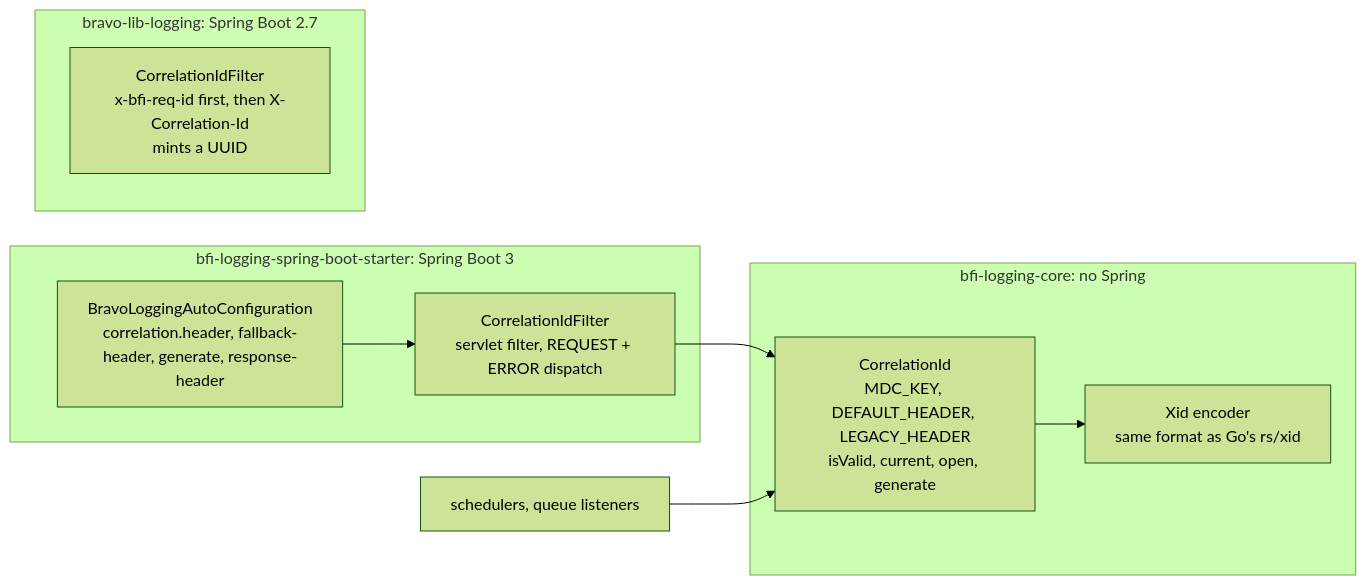
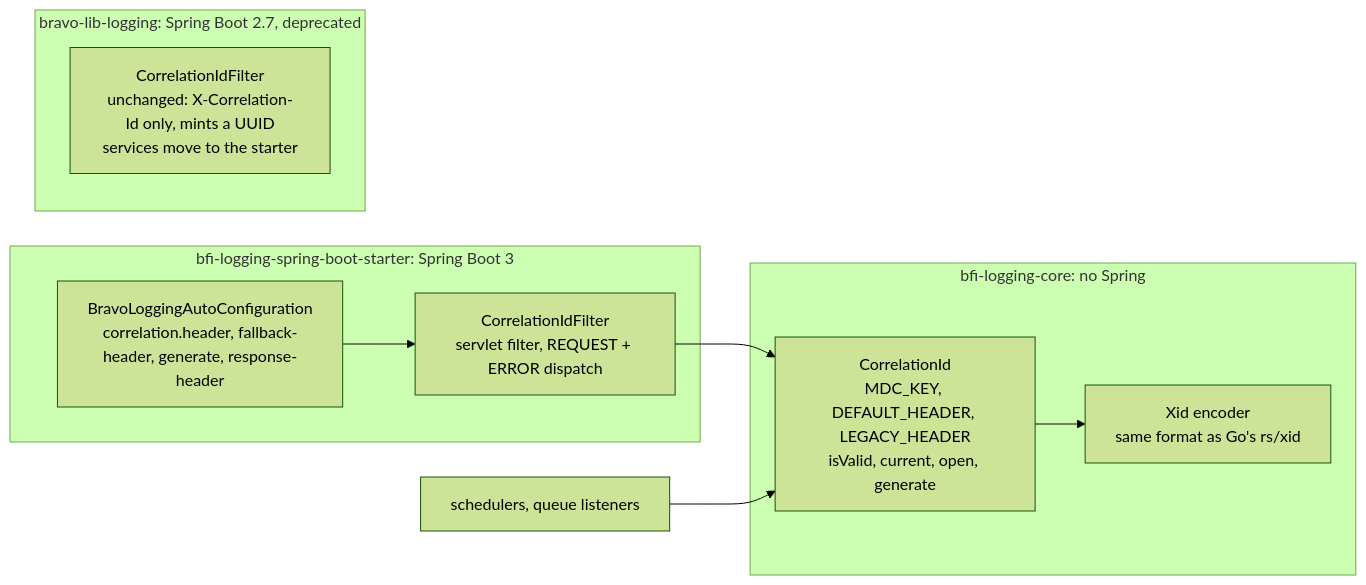
Before and after one commit to alaksmana-mso/bravo-analysis: the diagram in docs/logging/diagrams/reqid-java-modules.mmd, drawn with Mermaid (forest theme). The commit also changed 13 other files, not shown here.

First line of the commit message:
docs(logging): bravo-lib-logging is deprecated and untouched by the request-id work

```diff
--- a/docs/logging/diagrams/reqid-java-modules.mmd
+++ b/docs/logging/diagrams/reqid-java-modules.mmd
@@ -1,14 +1,14 @@
 flowchart LR
     subgraph core [bfi-logging-core: no Spring]
         CI[CorrelationId<br/>MDC_KEY, DEFAULT_HEADER, LEGACY_HEADER<br/>isValid, current, open, generate]
         X[Xid encoder<br/>same format as Go's rs/xid]
         CI --> X
     end
     subgraph starter [bfi-logging-spring-boot-starter: Spring Boot 3]
         AC[BravoLoggingAutoConfiguration<br/>correlation.header, fallback-header, generate, response-header] --> FL[CorrelationIdFilter<br/>servlet filter, REQUEST + ERROR dispatch]
         FL --> CI
     end
-    subgraph logger [bravo-lib-logging: Spring Boot 2.7]
-        OL[CorrelationIdFilter<br/>x-bfi-req-id first, then X-Correlation-Id<br/>mints a UUID]
+    subgraph logger [bravo-lib-logging: Spring Boot 2.7, deprecated]
+        OL[CorrelationIdFilter<br/>unchanged: X-Correlation-Id only, mints a UUID<br/>services move to the starter]
     end
     JOB[schedulers, queue listeners] --> CI
```
